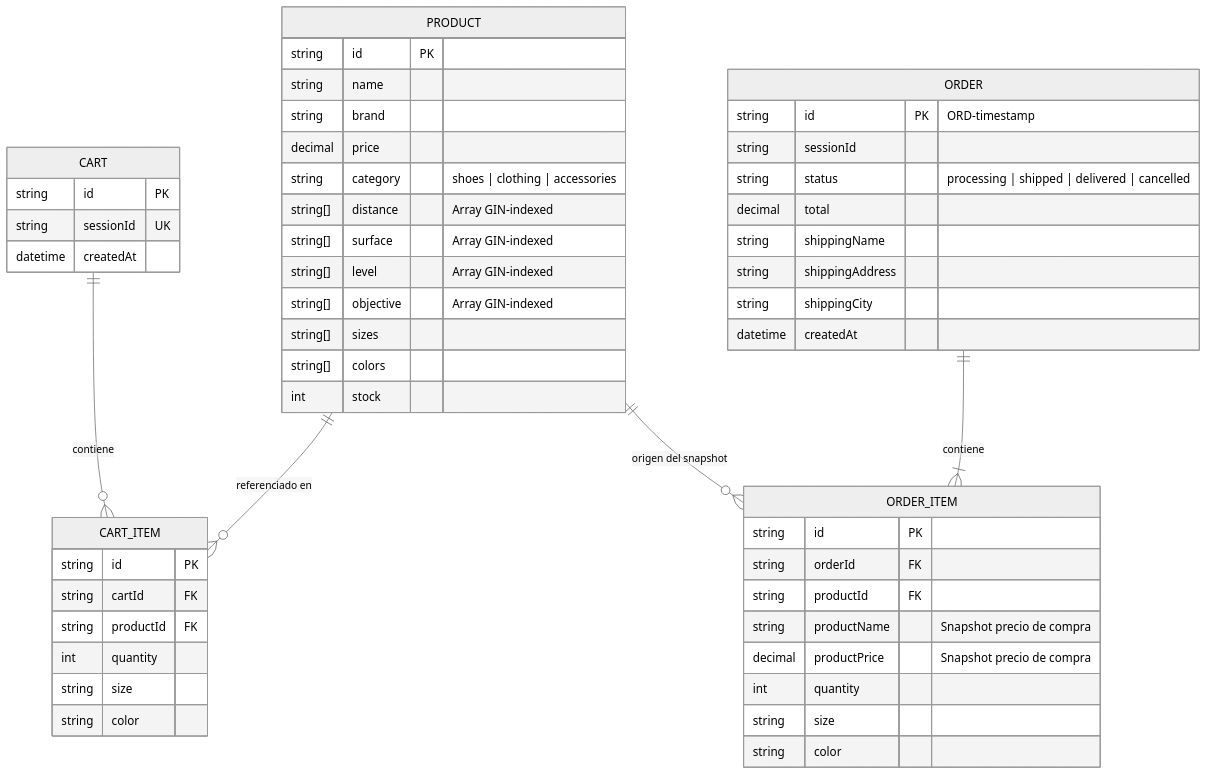
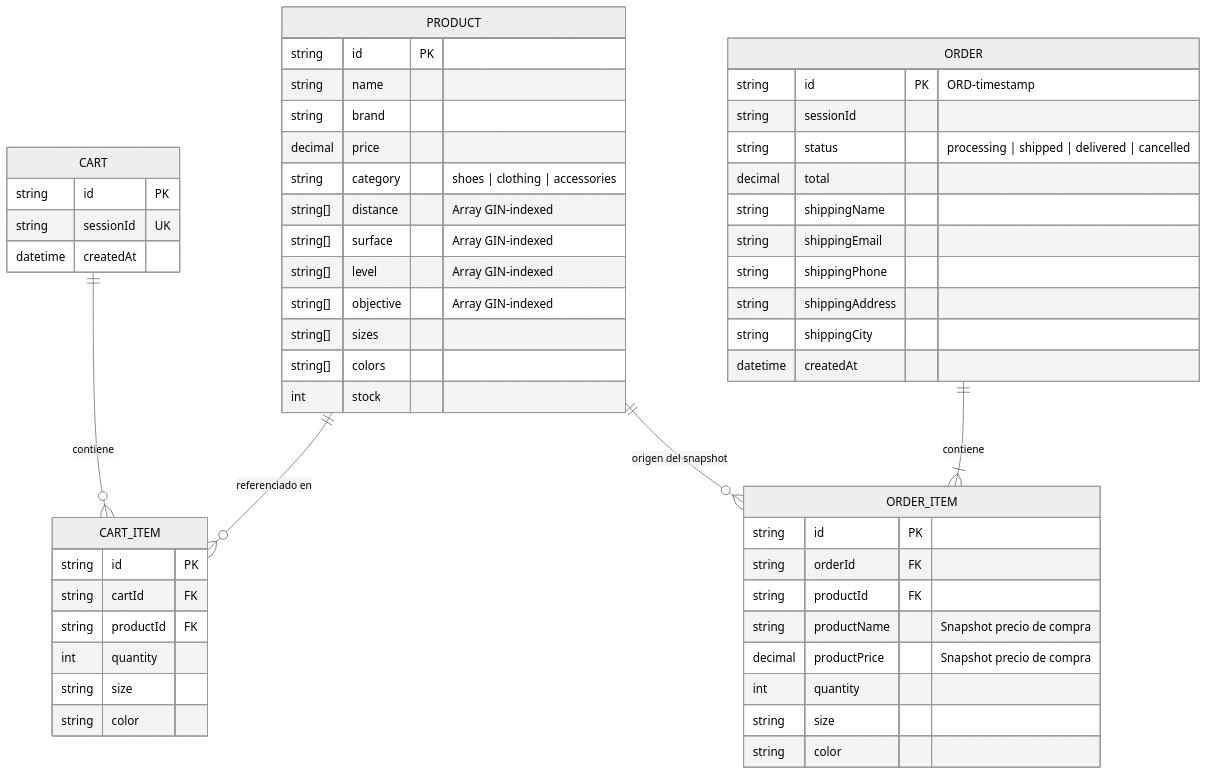
The second of 2 diagrams in readme.md (LIDR-academy/AI4Devs-finalproject), drawn with Mermaid (neutral theme) before and after one commit. The commit also changed 1 other file, not shown here.

Commit message:
docs(data-model): add shipping email and phone to align with UX and user stories

````diff
--- a/readme.md
+++ b/readme.md
@@ -238,59 +238,61 @@
 ```mermaid
 erDiagram
     PRODUCT {
         string   id          PK
         string   name
         string   brand
         decimal  price
         string   category       "shoes | clothing | accessories"
         string[] distance       "Array GIN-indexed"
         string[] surface        "Array GIN-indexed"
         string[] level          "Array GIN-indexed"
         string[] objective      "Array GIN-indexed"
         string[] sizes
         string[] colors
         int      stock
     }
 
     CART {
         string   id          PK
         string   sessionId   UK
         datetime createdAt
     }
 
     CART_ITEM {
         string   id          PK
         string   cartId      FK
         string   productId   FK
         int      quantity
         string   size
         string   color
     }
 
     ORDER {
         string   id          PK  "ORD-timestamp"
         string   sessionId
         string   status          "processing | shipped | delivered | cancelled"
         decimal  total
         string   shippingName
+        string   shippingEmail
+        string   shippingPhone
         string   shippingAddress
         string   shippingCity
         datetime createdAt
     }
 
     ORDER_ITEM {
         string   id           PK
         string   orderId      FK
         string   productId    FK
         string   productName     "Snapshot precio de compra"
         decimal  productPrice    "Snapshot precio de compra"
         int      quantity
         string   size
         string   color
     }
 
     CART        ||--o{ CART_ITEM  : "contiene"
     PRODUCT     ||--o{ CART_ITEM  : "referenciado en"
     ORDER       ||--|{ ORDER_ITEM : "contiene"
     PRODUCT     ||--o{ ORDER_ITEM : "origen del snapshot"
 ```
````
